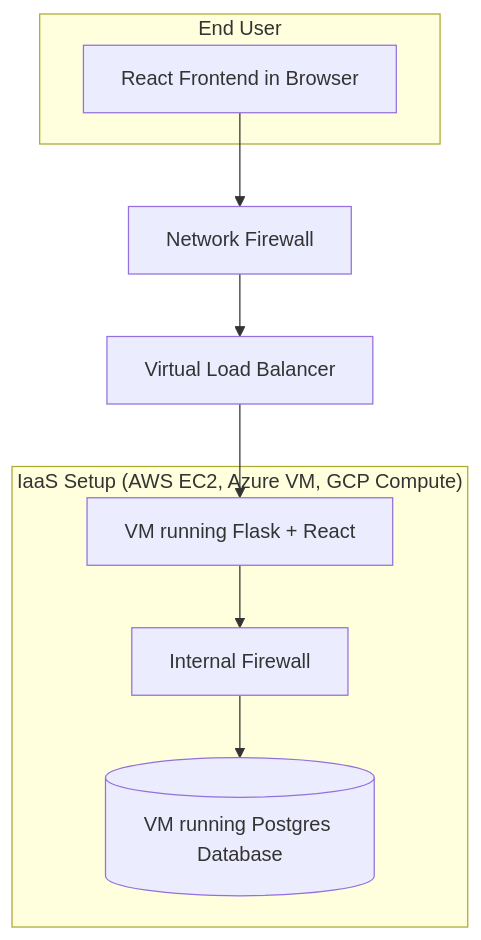
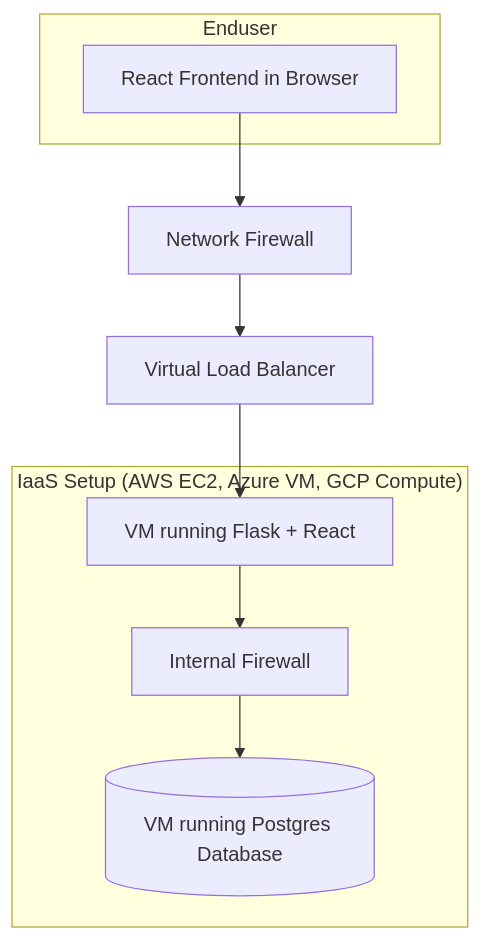
The second of 3 diagrams in lab2.md (Sighopss/Algonquin-Code-Base), drawn with Mermaid before and after one commit. The commit also changed other lines of this file, not shown here.

````diff
--- a/lab2.md
+++ b/lab2.md
@@ -20,18 +20,18 @@
 ```mermaid
 graph TB
-    subgraph User["End User"]
+    subgraph User["Enduser"]
         UI[React Frontend in Browser]
     end
 
     PerimeterFW[Network Firewall]
     CloudLB[Virtual Load Balancer]
 
     subgraph IaaS["IaaS Setup (AWS EC2, Azure VM, GCP Compute)"]
         VM1[VM running Flask + React]
         InternalFW[Internal Firewall]
         VM2[(VM running Postgres Database)]
     end
 
     UI --> PerimeterFW --> CloudLB --> VM1
     VM1 --> InternalFW --> VM2
 ```
````
